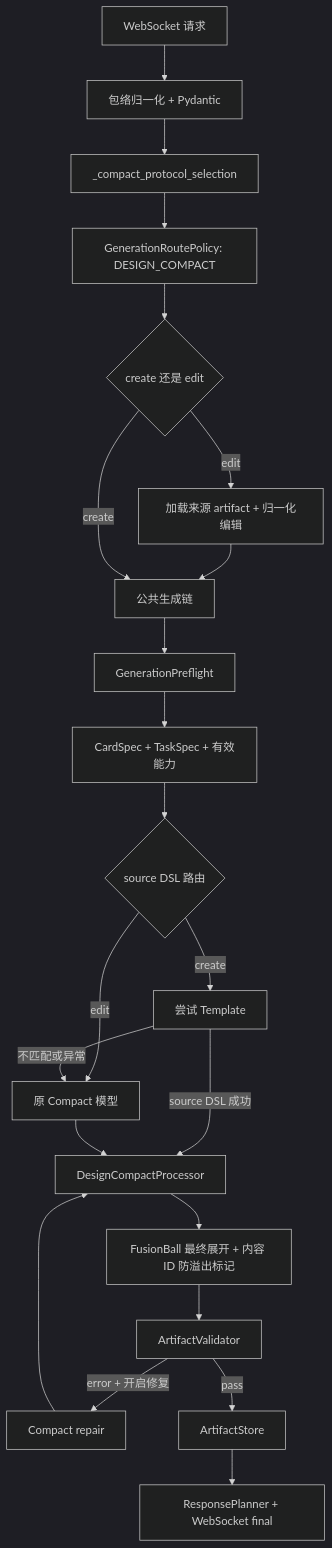
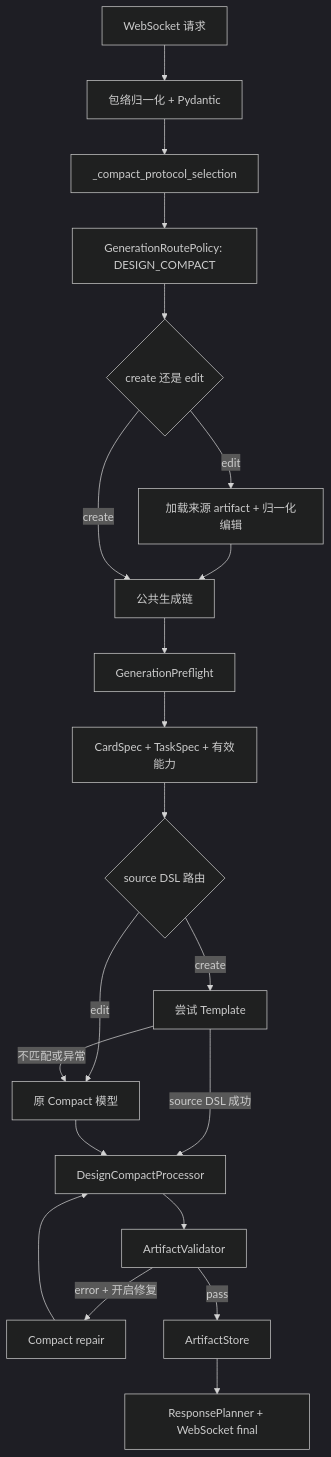
Before and after one commit to InnovationTea/CreateMyCard: the diagram in widget_service/cloud/services/template_generation/docs/compact-dsl-data-flow.md, drawn with Mermaid (dark theme). The commit also changed other lines of this file and 16 other files, not shown here.

First line of the commit message:
refactor(template): expand fusion balls before compact

````diff
--- a/widget_service/cloud/services/template_generation/docs/compact-dsl-data-flow.md
+++ b/widget_service/cloud/services/template_generation/docs/compact-dsl-data-flow.md
@@ -29,24 +29,23 @@
 ```mermaid
 flowchart TD
     WS[WebSocket 请求] --> NORM[包络归一化 + Pydantic]
     NORM --> PROFILE[_compact_protocol_selection]
     PROFILE --> POLICY[GenerationRoutePolicy: DESIGN_COMPACT]
     POLICY --> MODE{create 还是 edit}
     MODE -->|edit| EDIT[加载来源 artifact + 归一化编辑]
     EDIT --> COMMON[公共生成链]
     MODE -->|create| COMMON
     COMMON --> PREFLIGHT[GenerationPreflight]
     PREFLIGHT --> SPECS[CardSpec + TaskSpec + 有效能力]
     SPECS --> SOURCE{source DSL 路由}
     SOURCE -->|edit| ORIGINAL[原 Compact 模型]
     SOURCE -->|create| TEMPLATE[尝试 Template]
     TEMPLATE -->|source DSL 成功| PROCESS[DesignCompactProcessor]
     TEMPLATE -->|不匹配或异常| ORIGINAL
     ORIGINAL --> PROCESS
-    PROCESS --> EXPAND[FusionBall 最终展开 + 内容 ID 防溢出标记]
-    EXPAND --> VALIDATE[ArtifactValidator]
+    PROCESS --> VALIDATE[ArtifactValidator]
     VALIDATE -->|error + 开启修复| REPAIR[Compact repair]
     REPAIR --> PROCESS
     VALIDATE -->|pass| SAVE[ArtifactStore]
     SAVE --> RESPONSE[ResponsePlanner + WebSocket final]
 ```
````
